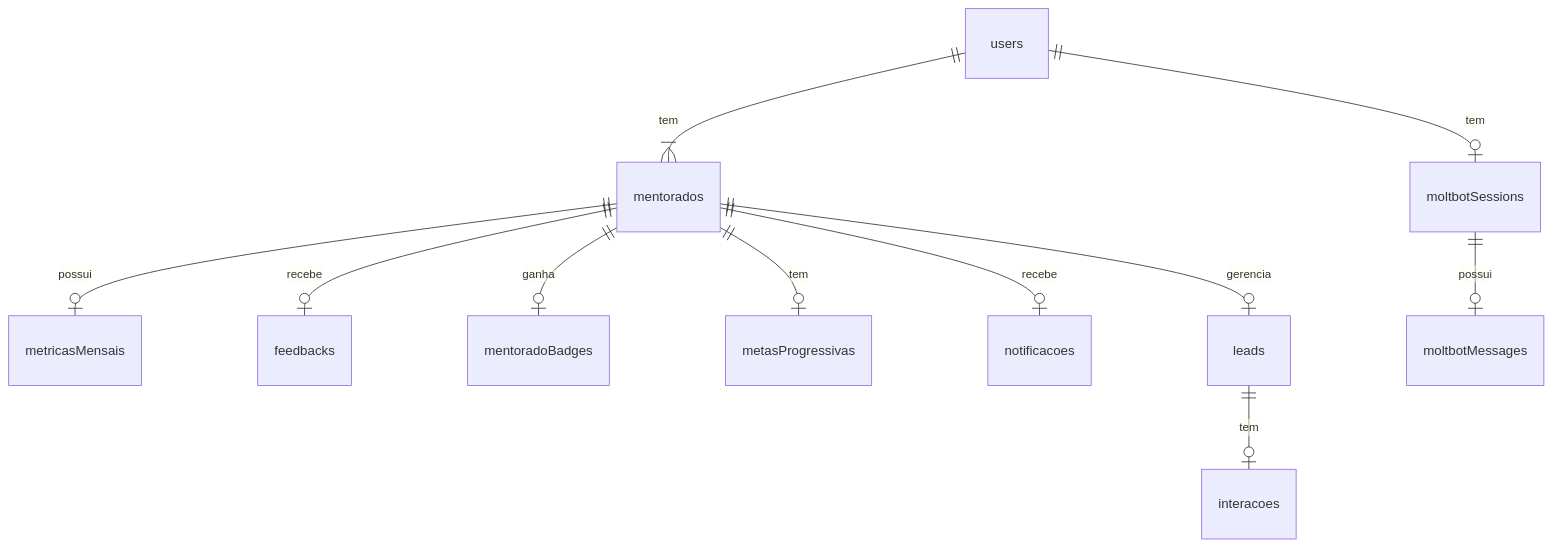
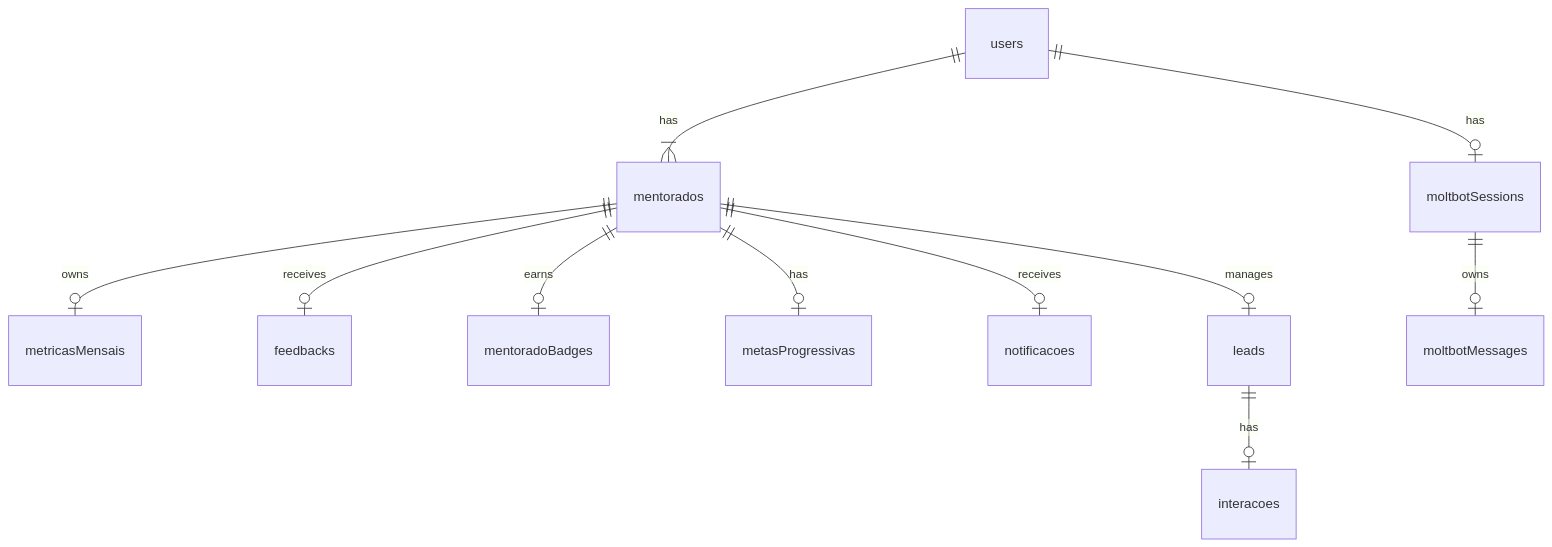
The diagram in prompts/PER-MENTORADO-DATA-ISOLATION.md (xldeveloper/grupous-neondash), drawn with Mermaid before and after one commit. The commit also changed other lines of this file and 166 other files, not shown here.

````diff
--- a/prompts/PER-MENTORADO-DATA-ISOLATION.md
+++ b/prompts/PER-MENTORADO-DATA-ISOLATION.md
@@ -20,13 +20,13 @@
 ```mermaid
 erDiagram
-    users ||--|{ mentorados : "tem"
-    mentorados ||--o| metricasMensais : "possui"
-    mentorados ||--o| feedbacks : "recebe"
-    mentorados ||--o| mentoradoBadges : "ganha"
-    mentorados ||--o| metasProgressivas : "tem"
-    mentorados ||--o| notificacoes : "recebe"
-    mentorados ||--o| leads : "gerencia"
-    leads ||--o| interacoes : "tem"
-    users ||--o| moltbotSessions : "tem"
-    moltbotSessions ||--o| moltbotMessages : "possui"
+    users ||--|{ mentorados : "has"
+    mentorados ||--o| metricasMensais : "owns"
+    mentorados ||--o| feedbacks : "receives"
+    mentorados ||--o| mentoradoBadges : "earns"
+    mentorados ||--o| metasProgressivas : "has"
+    mentorados ||--o| notificacoes : "receives"
+    mentorados ||--o| leads : "manages"
+    leads ||--o| interacoes : "has"
+    users ||--o| moltbotSessions : "has"
+    moltbotSessions ||--o| moltbotMessages : "owns"
 ```
````
